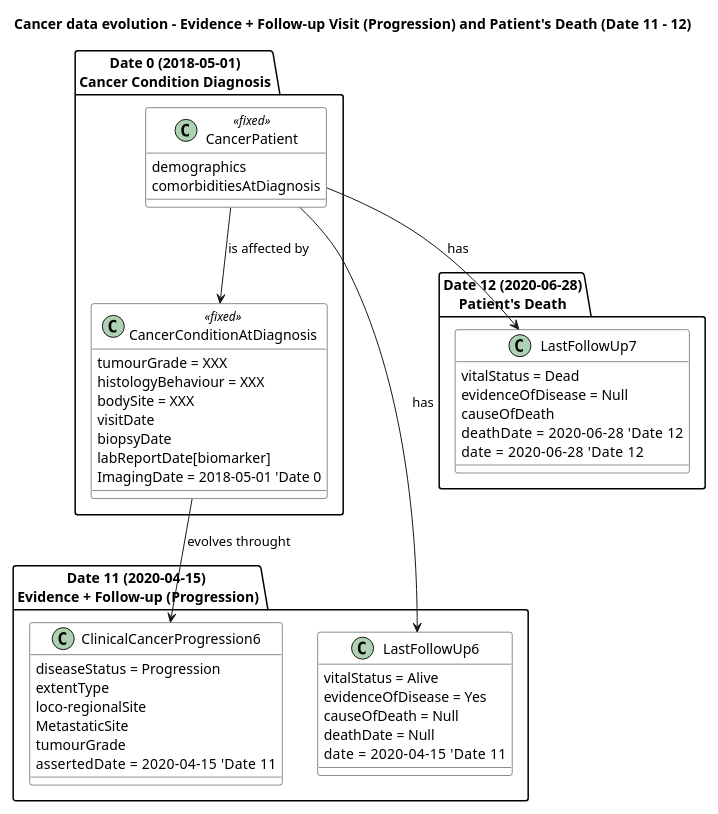
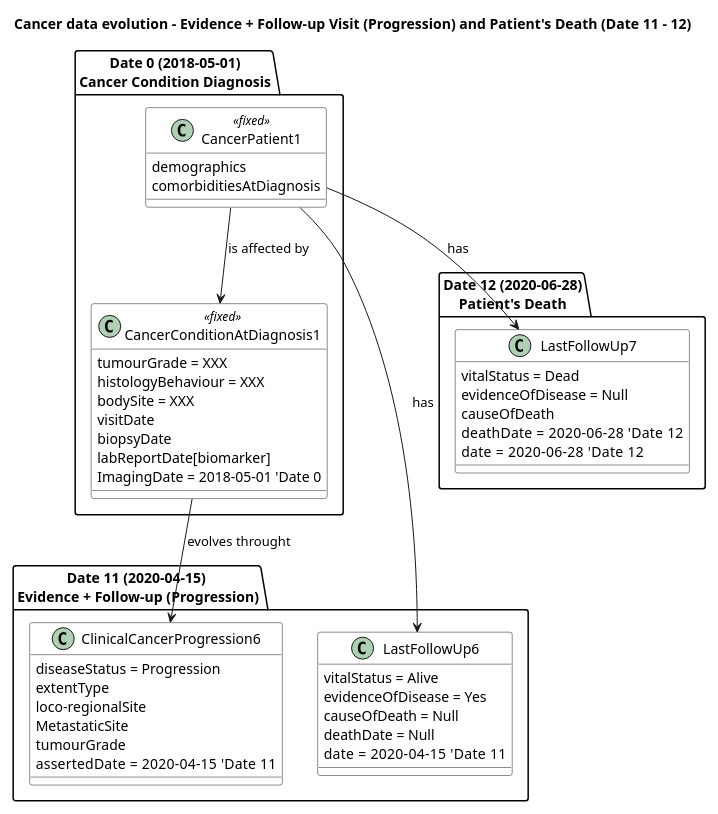
Before and after one commit to hl7-eu/cancer-common: the diagram in input/images-source/CancerDataEvolution6.plantuml, drawn with PlantUML. The commit also changed 7 other files, not shown here.

```diff
--- a/input/images-source/CancerDataEvolution6.plantuml
+++ b/input/images-source/CancerDataEvolution6.plantuml
@@ -1,147 +1,147 @@
 @startuml
 title Cancer data evolution – Evidence + Follow-up Visit (Progression) and Patient's Death (Date 11 - 12) 
 
 skinparam class {
   BackgroundColor White
 }
 scale 0.8
 
 
 package "Date 0 (2018-05-01)\nCancer Condition Diagnosis" {
-  class CancerPatient <<fixed>> {
+  class CancerPatient1 <<fixed>> {
     demographics
     comorbiditiesAtDiagnosis
   }
   
-  class CancerConditionAtDiagnosis <<fixed>> {
+  class CancerConditionAtDiagnosis1 <<fixed>> {
    tumourGrade = XXX
     histologyBehaviour = XXX
     bodySite = XXX
     visitDate 
     biopsyDate 
     labReportDate[biomarker] 
     ImagingDate = 2018-05-01 'Date 0
   }
  
 }
 
 ' Links inside Date 0
-CancerPatient --> CancerConditionAtDiagnosis : is affected by
+CancerPatient1 --> CancerConditionAtDiagnosis1 : is affected by
 
  package "Date 11 (2020-04-15) \nEvidence + Follow-up (Progression)" {
     
     class LastFollowUp6 {
      vitalStatus = Alive
      evidenceOfDisease = Yes
      causeOfDeath = Null
      deathDate = Null
      date = 2020-04-15   'Date 11
   }
 
     class ClinicalCancerProgression6 {
       diseaseStatus = Progression
       extentType 
       loco-regionalSite 
       MetastaticSite 
       tumourGrade
       assertedDate = 2020-04-15   'Date 11
     }
 
  }
 
-CancerPatient --> LastFollowUp6 : has
-CancerConditionAtDiagnosis --> ClinicalCancerProgression6 : evolves throught
+CancerPatient1 --> LastFollowUp6 : has
+CancerConditionAtDiagnosis1 --> ClinicalCancerProgression6 : evolves throught
 
 package "Date 12 (2020-06-28)\nPatient's Death" {
 
   class LastFollowUp7 {
      vitalStatus = Dead
      evidenceOfDisease = Null
      causeOfDeath 
      deathDate = 2020-06-28   'Date 12
      date = 2020-06-28   'Date 12
   }
 }
 
-CancerPatient --> LastFollowUp7 : has
+CancerPatient1 --> LastFollowUp7 : has
 
 /' ' =====================================================
 'Date 11 – 2020-04-15 (Disease progression follow-up)
 ' =====================================================
 package progression as "Date 11 (2020-04-15)\nEvidence + Follow-up (Disease Progression)" {
 
   class CancerCondition_D11 as "Cancer Condition" {
     histology_behaviour (fixed)
     body_site (fixed)
     tumour_grade
     asserted_date = procedure date (fixed)
     base_of_diagnosis (fixed)
     imaging_type (fixed)
     biomarker_type (fixed)
     disease_status = Progression
     last_check = Date 11
   }
 
   class DiseaseEvolution_D11 as "Disease Evolution (over time & space)" {
     extent_type = Recurrence
     disease_extent (sites)
     histology_behaviour
     tumour_grade
     base_of_diagnosis
     imaging_type
     biomarker_type
     genomics
     asserted_date = Date 7 (fixed)
     last_check = Date 11
   }
 
   class Patient_D11 as "Patient" <<fixed>> {
     demographics
     comorbidities
     life_status = Alive With Disease (AWD)
     last_check = Date 11
   }
 }
 
 
 ' =====================================================
 'Date 12 – 2020-06-28 (Patient’s death)
 ' =====================================================
 package death as "Date 12 (2020-06-28)\nPatient's Death" {
 
   class CancerCondition_D12 as "Cancer Condition" {
     histology_behaviour (fixed)
     body_site (fixed)
     tumour_grade
     asserted_date = procedure date (fixed)
     base_of_diagnosis (fixed)
     imaging_type (fixed)
     biomarker_type (fixed)
     disease_status = Progression
     last_check = Date 12
   }
 
   class DiseaseEvolution_D12 as "Disease Evolution (over time & space)" {
     extent_type = Recurrence
     disease_extent (sites)
     histology_behaviour
     tumour_grade
     base_of_diagnosis
     imaging_type
     biomarker_type
     genomics
     asserted_date = Date 7 (fixed)
     last_check = Date 12
   }
 
   class Patient_D12 as "Patient" <<fixed>> {
     demographics
     comorbidities
     life_status = Dead of Disease (DOD)
     last_check = Date 12
   }
 }
 
 ' Relationships Date 12
 ' progression --down[hidden]--> death '/
 @enduml
```
